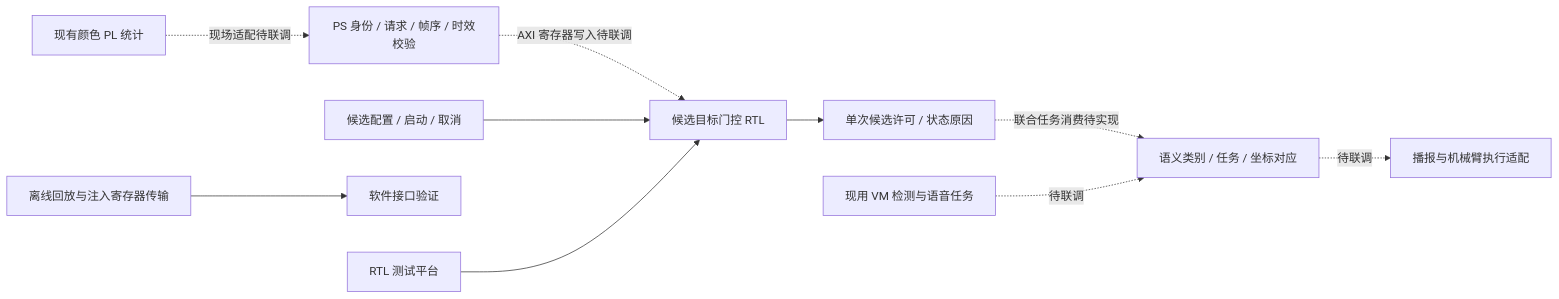
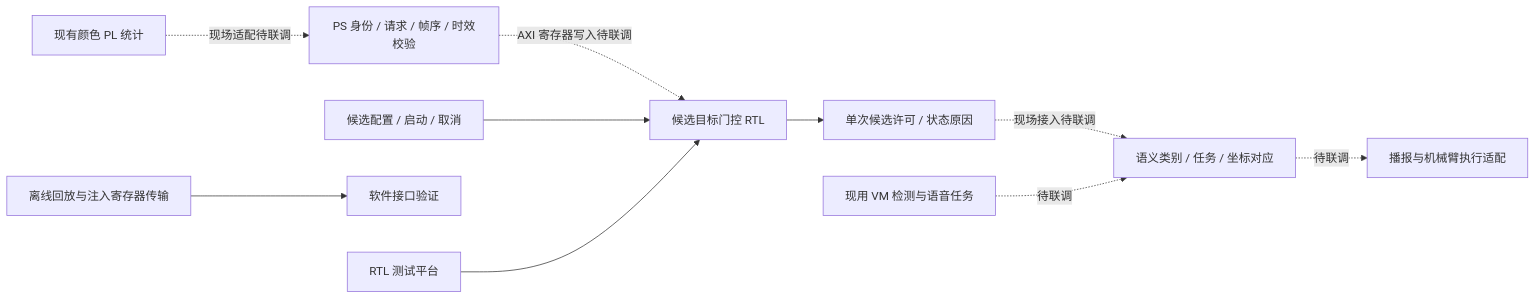
The third of 3 diagrams in docs/ARCHITECTURE.md (Citlali6/VisionGrasp-Z19), drawn with Mermaid before and after one commit. The commit also changed other lines of this file and 37 other files, not shown here.

````diff
--- a/docs/ARCHITECTURE.md
+++ b/docs/ARCHITECTURE.md
@@ -72,12 +70,12 @@
 ```mermaid
 flowchart LR
     OLD[现有颜色 PL 统计] -. 现场适配待联调 .-> PS[PS 身份 / 请求 / 帧序 / 时效校验]
     PS -. AXI 寄存器写入待联调 .-> G[候选目标门控 RTL]
     CFG[候选配置 / 启动 / 取消] --> G
     G --> OUT[单次候选许可 / 状态原因]
     REPLAY[离线回放与注入寄存器传输] --> MODEL[软件接口验证]
     TB[RTL 测试平台] --> G
-    OUT -. 联合任务消费待实现 .-> JOIN[语义类别 / 任务 / 坐标对应]
+    OUT -. 现场接入待联调 .-> JOIN[语义类别 / 任务 / 坐标对应]
     VM[现用 VM 检测与语音任务] -. 待联调 .-> JOIN
     JOIN -. 待联调 .-> ACT[播报与机械臂执行适配]
 ```
````
